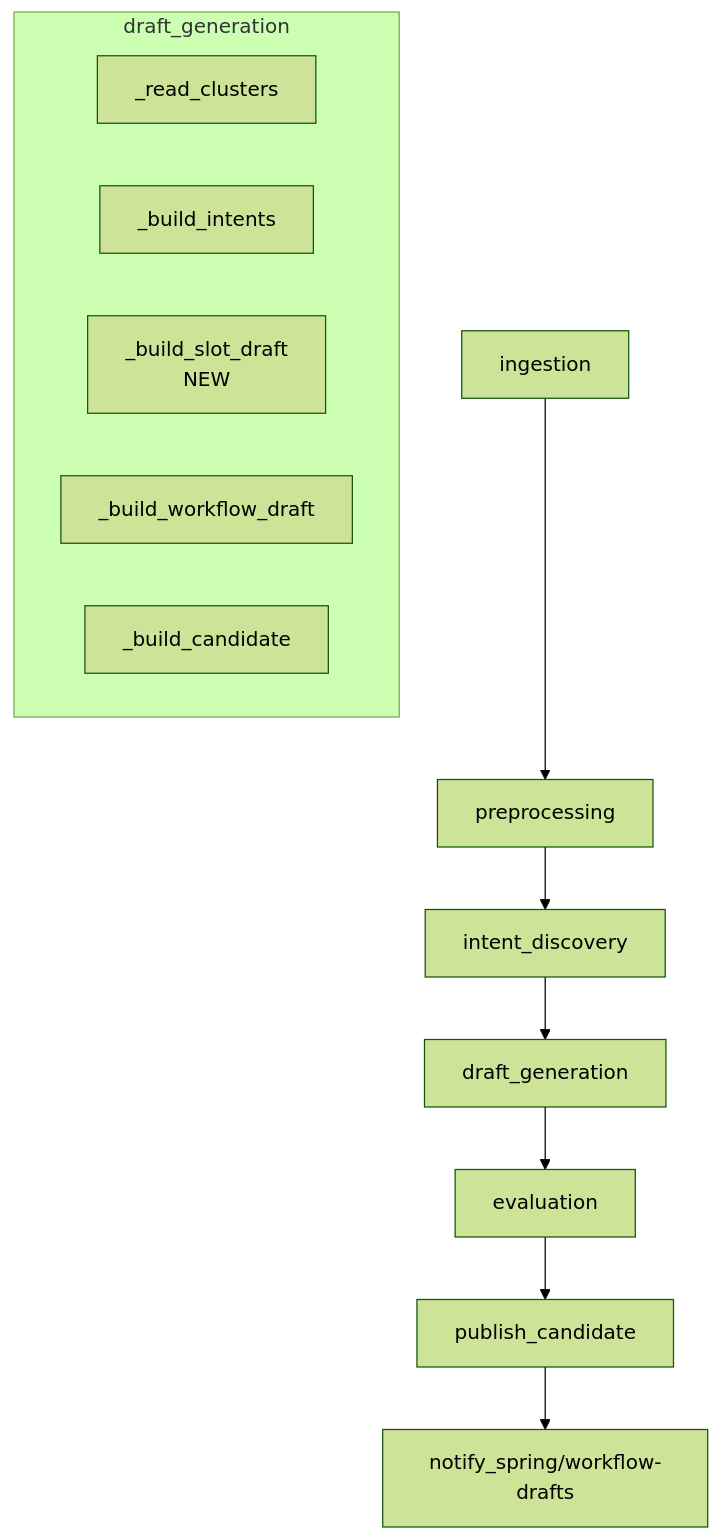
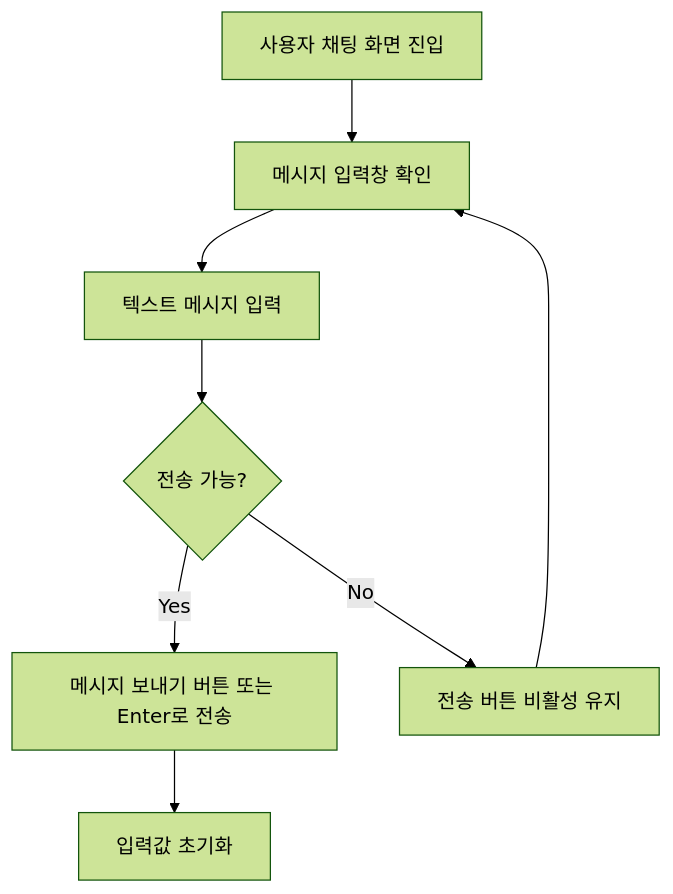
One commit to ajou-2026-1-capstone-5/ostone changed the diagram in .agent/specs/432.md. Above: the diagram before and after it, drawn with Mermaid (forest theme). The commit also changed other lines of this file and 2 other files, not shown here.

````diff
--- a/.agent/specs/432.md
+++ b/.agent/specs/432.md
@@ -42,17 +11,10 @@
 ```mermaid
 flowchart TD
-    A[ingestion] --> B[preprocessing]
-    B --> C[intent_discovery]
-    C --> D[draft_generation]
-    D --> E[evaluation]
-    E --> F[publish_candidate]
-    F --> G[notify_spring/workflow-drafts]
-
-    subgraph draft_generation
-        D1[_read_clusters]
-        D2[_build_intents]
-        D3[_build_slot_draft<br/>NEW]
-        D4[_build_workflow_draft]
-        D5[_build_candidate]
-    end
+    A[사용자 채팅 화면 진입] --> B[메시지 입력창 확인]
+    B --> C[텍스트 메시지 입력]
+    C --> D{전송 가능?}
+    D -->|Yes| E[메시지 보내기 버튼 또는 Enter로 전송]
+    D -->|No| F[전송 버튼 비활성 유지]
+    E --> G[입력값 초기화]
+    F --> B
 ```
````
